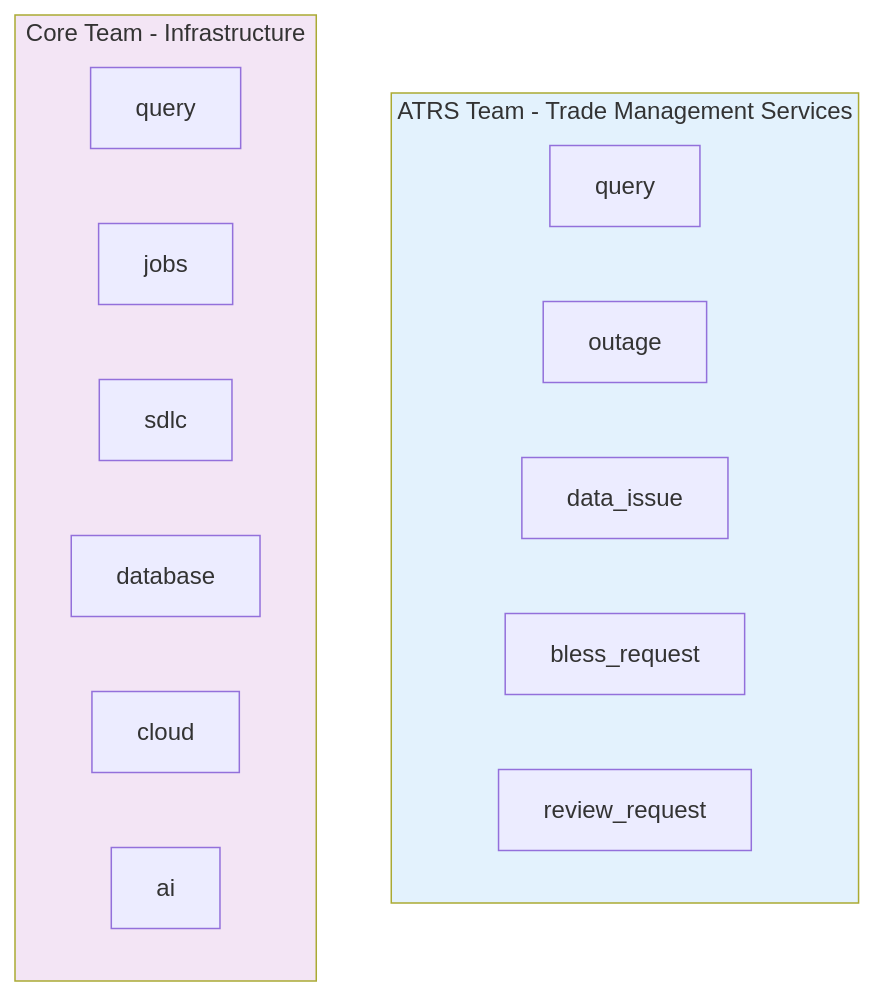
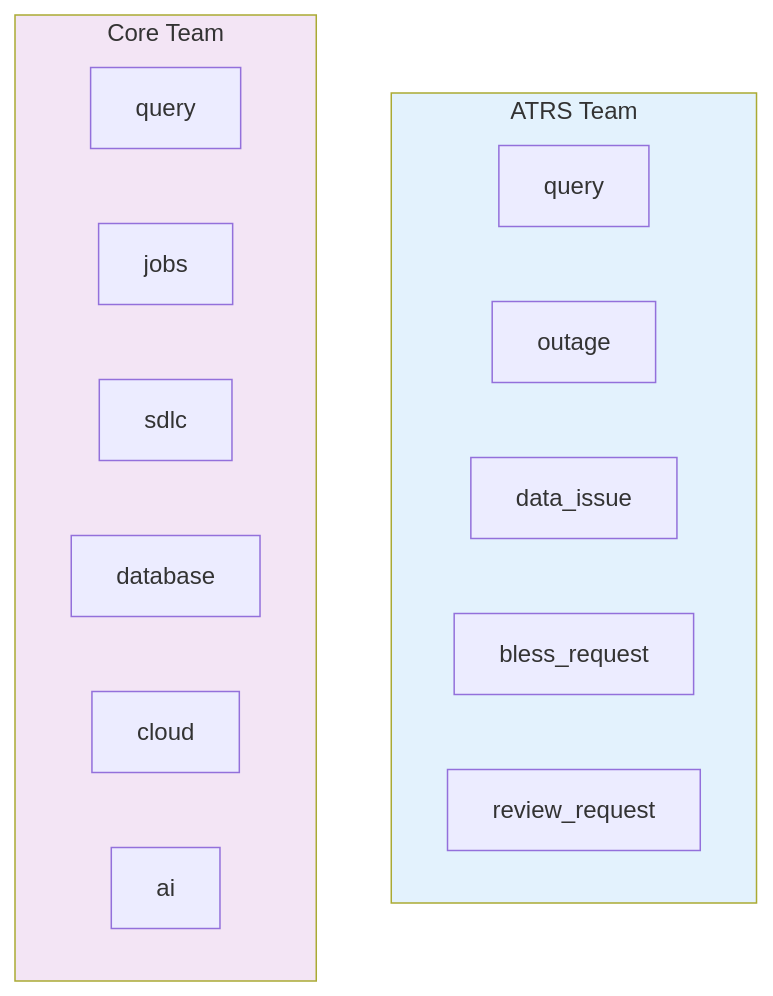
The fourth of 4 diagrams in simplified_flow_diagram.md (repque/support-assistant), drawn with Mermaid before and after one commit.

````diff
--- a/simplified_flow_diagram.md
+++ b/simplified_flow_diagram.md
@@ -74,22 +74,22 @@
 ```mermaid
 graph TB
-    subgraph ATRS[ATRS Team - Trade Management Services]
+    subgraph ATRS[ATRS Team]
         A1[query] 
         A2[outage]
         A3[data_issue]
         A4[bless_request]
         A5[review_request]
     end
     
-    subgraph CORE[Core Team - Infrastructure]
+    subgraph CORE[Core Team]
         C1[query]
         C2[jobs] 
         C3[sdlc]
         C4[database]
         C5[cloud]
         C6[ai]
     end
     
     style ATRS fill:#e3f2fd
     style CORE fill:#f3e5f5
 ```
````
